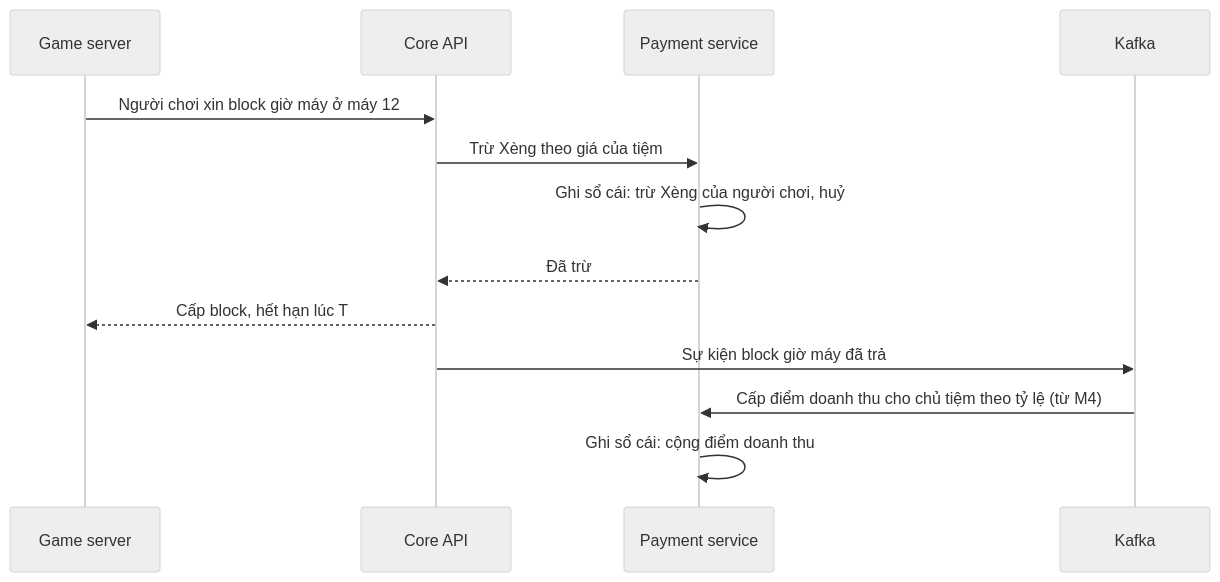
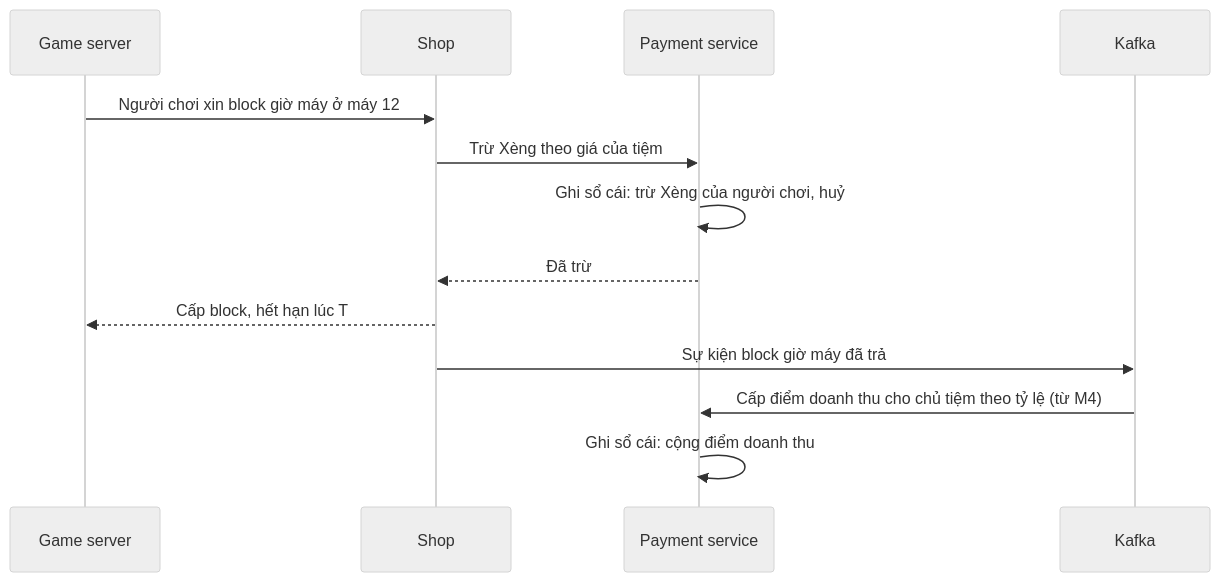
One commit to netverse3d/netverse3d changed the fifth of 5 diagrams in docs/wiki/product/business-flows.md. Above: the diagram before and after it, drawn with Mermaid (neutral theme). The commit also changed 12 other files, not shown here.

First line of the commit message:
chore: rename the core-api service to shop

````diff
--- a/docs/wiki/product/business-flows.md
+++ b/docs/wiki/product/business-flows.md
@@ -90,15 +90,15 @@
 ```mermaid
 sequenceDiagram
   participant G as Game server
-  participant C as Core API
+  participant C as Shop
   participant P as Payment service
   participant K as Kafka
   G->>C: Người chơi xin block giờ máy ở máy 12
   C->>P: Trừ Xèng theo giá của tiệm
   P->>P: Ghi sổ cái: trừ Xèng của người chơi, huỷ
   P-->>C: Đã trừ
   C-->>G: Cấp block, hết hạn lúc T
   C->>K: Sự kiện block giờ máy đã trả
   K->>P: Cấp điểm doanh thu cho chủ tiệm theo tỷ lệ (từ M4)
   P->>P: Ghi sổ cái: cộng điểm doanh thu
 ```
````
